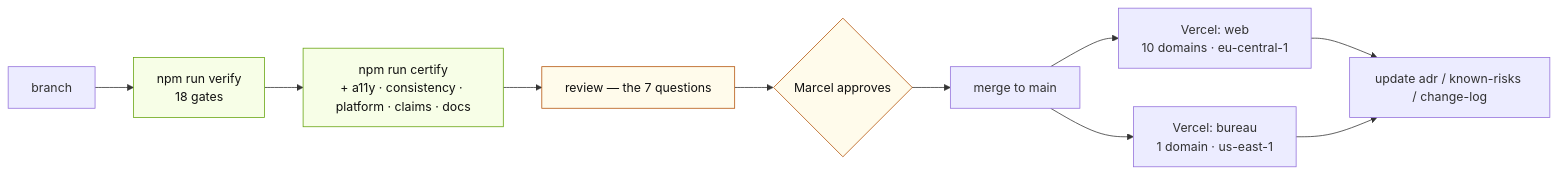
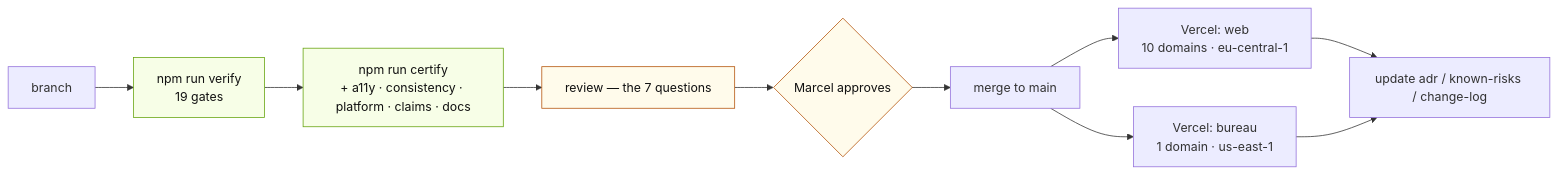
One commit to buddy1974/maxpromo.digital changed the eighth of 10 diagrams in docs/architecture/diagrams.md. Above: the diagram before and after it, drawn with Mermaid. The commit also changed 9 other files, not shown here.

````diff
--- a/docs/architecture/diagrams.md
+++ b/docs/architecture/diagrams.md
@@ -276,19 +276,19 @@
 ```mermaid
 flowchart LR
-  BR["branch"] --> V["npm run verify<br/>18 gates"]
+  BR["branch"] --> V["npm run verify<br/>19 gates"]
   V --> C["npm run certify<br/>+ a11y · consistency · platform · claims · docs"]
   C --> REV["review — the 7 questions"]
   REV --> APP{"Marcel approves"}
   APP --> MERGE["merge to main"]
 
   MERGE --> VW["Vercel: web<br/>10 domains · eu-central-1"]
   MERGE --> VB["Vercel: bureau<br/>1 domain · us-east-1"]
 
   VW --> DOC["update adr / known-risks / change-log"]
   VB --> DOC
 
   classDef gate fill:#F7FEE7,stroke:#65A30D,color:#111111
   classDef human fill:#FFFBEB,stroke:#B45309,color:#111111
   class V,C gate
   class REV,APP human
 ```
````
